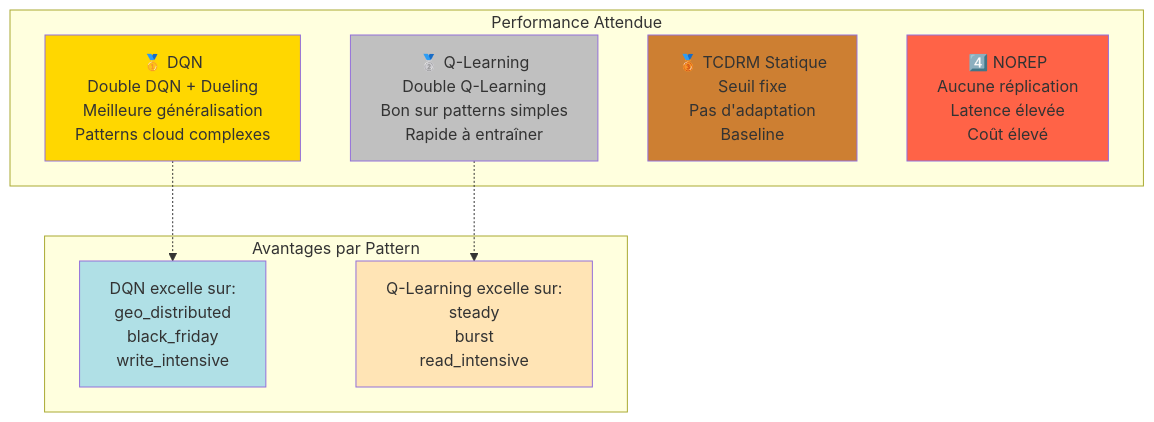
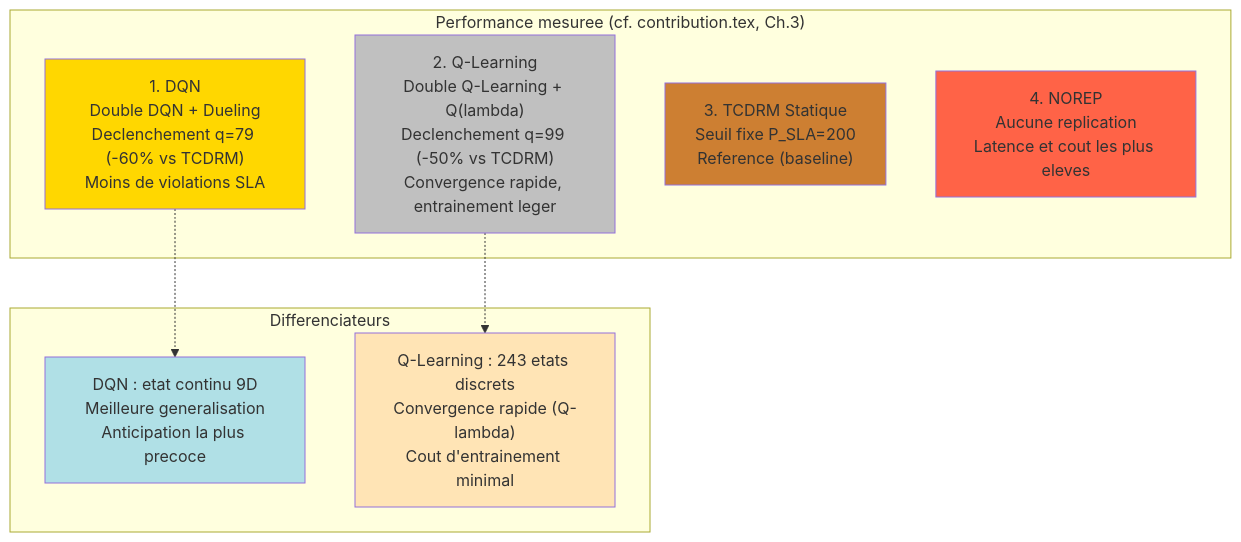
Before and after one commit to valdoth/tcdm-adaptive: the sixth of 10 diagrams in docs/workflow_diagrams_2024.md, drawn with Mermaid. The commit also changed other lines of this file and 84 other files, not shown here.

````diff
--- a/docs/workflow_diagrams_2024.md
+++ b/docs/workflow_diagrams_2024.md
@@ -246,28 +292,28 @@
 ```mermaid
 graph TB
-    subgraph "Performance Attendue"
-        RANK1[🥇 DQN<br/>Double DQN + Dueling<br/>Meilleure généralisation<br/>Patterns cloud complexes]
-        
-        RANK2[🥈 Q-Learning<br/>Double Q-Learning<br/>Bon sur patterns simples<br/>Rapide à entraîner]
-        
-        RANK3[🥉 TCDRM Statique<br/>Seuil fixe<br/>Pas d'adaptation<br/>Baseline]
-        
-        RANK4[4️⃣ NOREP<br/>Aucune réplication<br/>Latence élevée<br/>Coût élevé]
+    subgraph "Performance mesuree (cf. contribution.tex, Ch.3)"
+        RANK1["1. DQN<br/>Double DQN + Dueling<br/>Declenchement q=79 (-60% vs TCDRM)<br/>Moins de violations SLA"]
+
+        RANK2["2. Q-Learning<br/>Double Q-Learning + Q(lambda)<br/>Declenchement q=99 (-50% vs TCDRM)<br/>Convergence rapide, entrainement leger"]
+
+        RANK3["3. TCDRM Statique<br/>Seuil fixe P_SLA=200<br/>Reference (baseline)"]
+
+        RANK4["4. NOREP<br/>Aucune replication<br/>Latence et cout les plus eleves"]
     end
-    
-    subgraph "Avantages par Pattern"
-        DQN_ADV[DQN excelle sur:<br/>geo_distributed<br/>black_friday<br/>write_intensive]
-        
-        QL_ADV[Q-Learning excelle sur:<br/>steady<br/>burst<br/>read_intensive]
+
+    subgraph "Differenciateurs"
+        DQN_ADV["DQN : etat continu 9D<br/>Meilleure generalisation<br/>Anticipation la plus precoce"]
+
+        QL_ADV["Q-Learning : 243 etats discrets<br/>Convergence rapide (Q-lambda)<br/>Cout d'entrainement minimal"]
     end
-    
+
     RANK1 -.-> DQN_ADV
     RANK2 -.-> QL_ADV
-    
+
     style RANK1 fill:#FFD700
     style RANK2 fill:#C0C0C0
     style RANK3 fill:#CD7F32
     style RANK4 fill:#FF6347
     style DQN_ADV fill:#B0E0E6
     style QL_ADV fill:#FFE4B5
 ```
````
